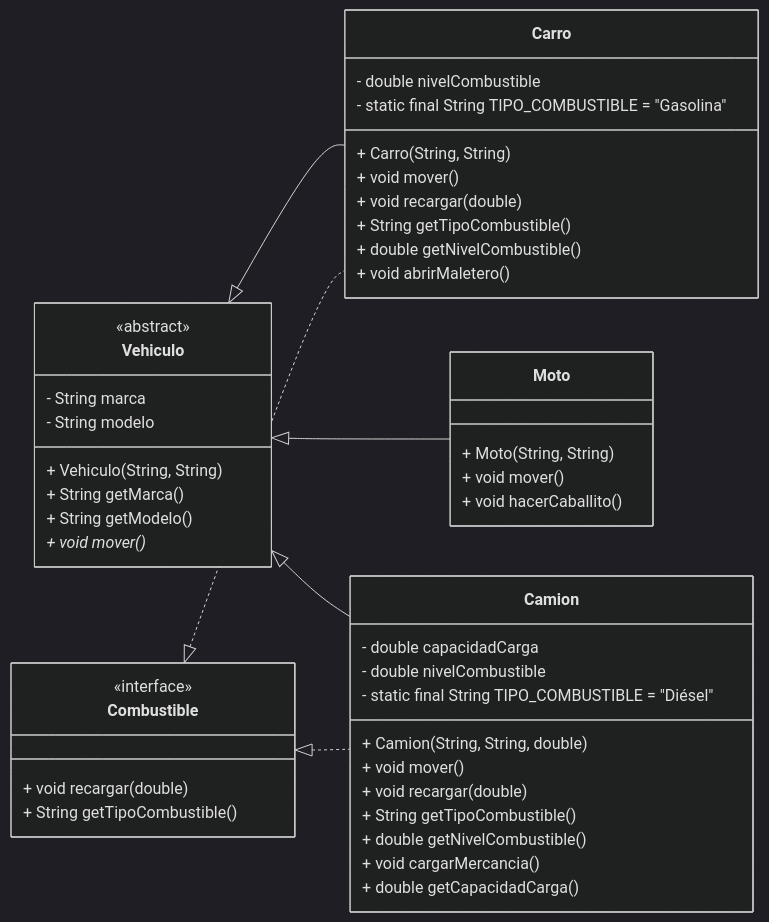
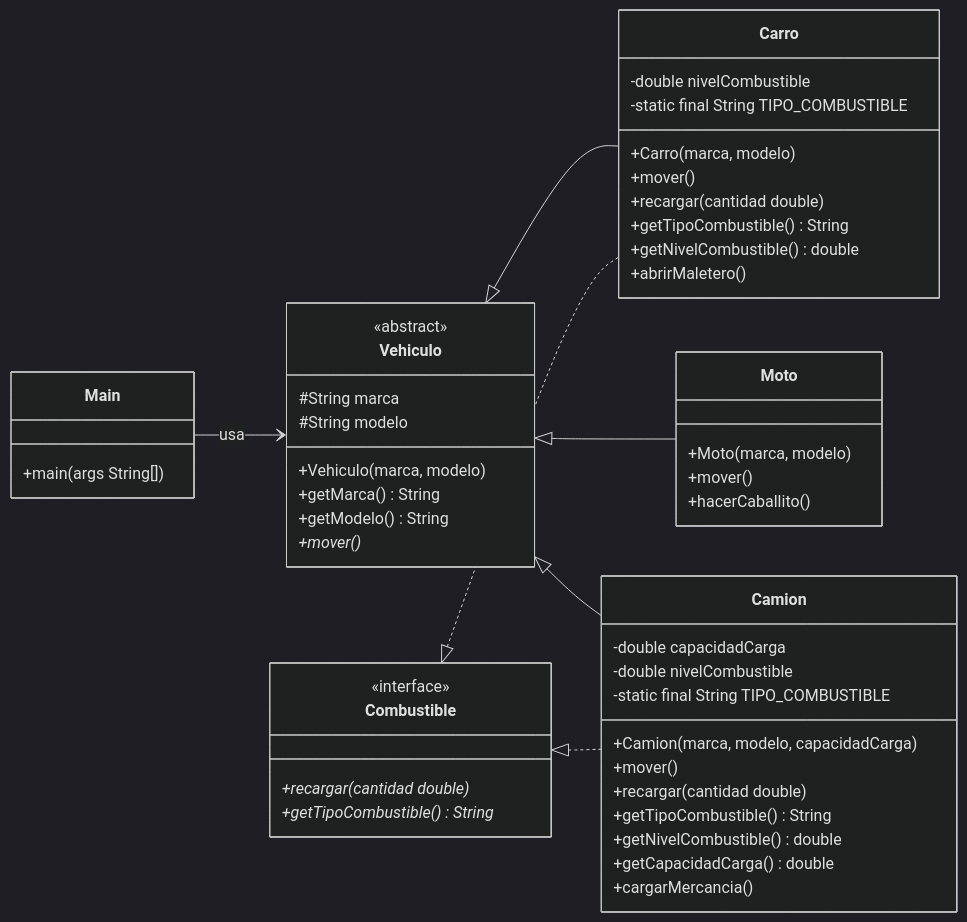
The diagram in diagram/jerarquia_de_clases.mmd (c04o/herencia-polimorfismo), drawn with Mermaid (dark theme) before and after one commit.

Commit message:
Modificación diagrama mermaid

```diff
--- a/diagram/jerarquia_de_clases.mmd
+++ b/diagram/jerarquia_de_clases.mmd
@@ -1,54 +1,59 @@
 classDiagram
-direction LR
-
-class Vehiculo {
-  <<abstract>>
-  - String marca
-  - String modelo
-  + Vehiculo(String, String)
-  + String getMarca()
-  + String getModelo()
-  + void mover()*
-}
-
-class Moto {
-  + Moto(String, String)
-  + void mover()
-  + void hacerCaballito()
-}
-
-class Carro {
-  - double nivelCombustible
-  - static final String TIPO_COMBUSTIBLE = "Gasolina"
-  + Carro(String, String)
-  + void mover()
-  + void recargar(double)
-  + String getTipoCombustible()
-  + double getNivelCombustible()
-  + void abrirMaletero()
-}
-
-class Camion {
-  - double capacidadCarga
-  - double nivelCombustible
-  - static final String TIPO_COMBUSTIBLE = "Diésel"
-  + Camion(String, String, double)
-  + void mover()
-  + void recargar(double)
-  + String getTipoCombustible()
-  + double getNivelCombustible()
-  + void cargarMercancia()
-  + double getCapacidadCarga()
-}
-
-class Combustible {
-  <<interface>>
-  + void recargar(double)
-  + String getTipoCombustible()
-}
-
-Vehiculo <|-- Carro
-Vehiculo <|-- Moto
-Vehiculo <|-- Camion
-Combustible <|.. Carro
-Combustible <|.. Camion
+    direction LR
+    
+    class Vehiculo {
+        <<abstract>>
+        #String marca
+        #String modelo
+        +Vehiculo(marca, modelo)
+        +getMarca() String
+        +getModelo() String
+        +mover()*
+    }
+    
+    class Combustible {
+        <<interface>>
+        +recargar(cantidad double)*
+        +getTipoCombustible() String*
+    }
+    
+    class Carro {
+        -double nivelCombustible
+        -static final String TIPO_COMBUSTIBLE
+        +Carro(marca, modelo)
+        +mover()
+        +recargar(cantidad double)
+        +getTipoCombustible() String
+        +getNivelCombustible() double
+        +abrirMaletero()
+    }
+    
+    class Moto {
+        +Moto(marca, modelo)
+        +mover()
+        +hacerCaballito()
+    }
+    
+    class Camion {
+        -double capacidadCarga
+        -double nivelCombustible
+        -static final String TIPO_COMBUSTIBLE
+        +Camion(marca, modelo, capacidadCarga)
+        +mover()
+        +recargar(cantidad double)
+        +getTipoCombustible() String
+        +getNivelCombustible() double
+        +getCapacidadCarga() double
+        +cargarMercancia()
+    }
+    
+    class Main {
+        +main(args String[])
+    }
+    
+    Vehiculo <|-- Carro
+    Vehiculo <|-- Moto
+    Vehiculo <|-- Camion
+    Combustible <|.. Carro
+    Combustible <|.. Camion
+    Main --> Vehiculo : usa
```
